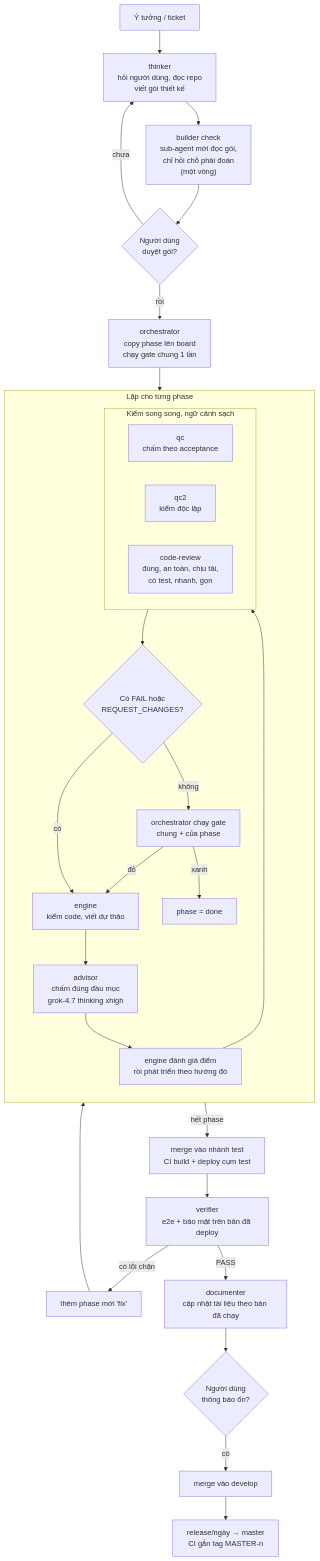
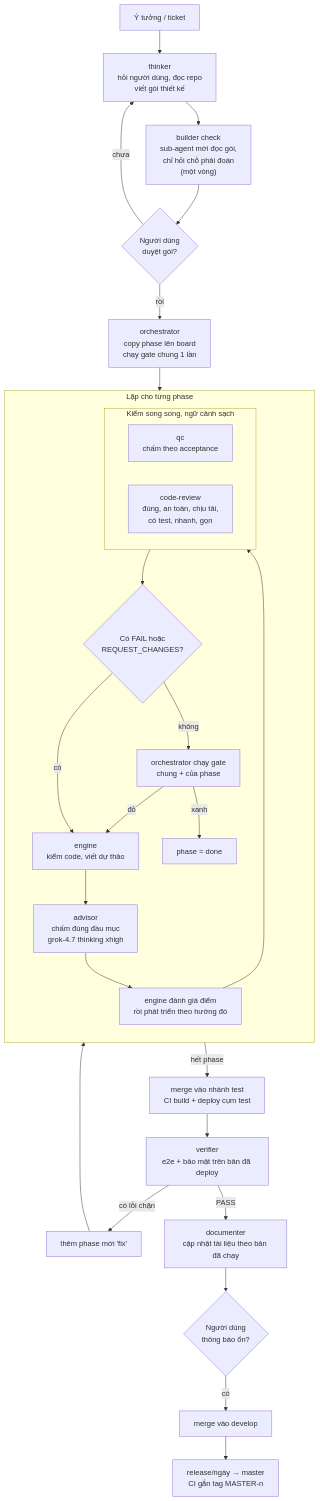
The diagram in README.md (loind/sdlc), drawn with Mermaid before and after one commit. The commit also changed 13 other files, not shown here.

````diff
--- a/README.md
+++ b/README.md
@@ -18,33 +18,32 @@
 ```mermaid
 flowchart TD
   A["Ý tưởng / ticket"] --> B["thinker<br/>hỏi người dùng, đọc repo<br/>viết gói thiết kế"]
   B --> BC["builder check<br/>sub-agent mới đọc gói,<br/>chỉ hỏi chỗ phải đoán<br/>(một vòng)"]
   BC --> B2{"Người dùng<br/>duyệt gói?"}
   B2 -->|"chưa"| B
   B2 -->|"rồi"| C["orchestrator<br/>copy phase lên board<br/>chạy gate chung 1 lần"]
   C --> P
   subgraph P["Lặp cho từng phase"]
     direction TB
     E["engine<br/>kiểm code, viết dự thảo"] --> AD["advisor<br/>chấm đúng đầu mục<br/>grok-4.7 thinking xhigh"]
     AD --> E2["engine đánh giá điểm<br/>rồi phát triển theo hướng đó"]
     E2 --> R
     subgraph R["Kiểm song song, ngữ cảnh sạch"]
       direction LR
       QC["qc<br/>chấm theo acceptance"]
-      QC2["qc2<br/>kiểm độc lập"]
       CR["code-review<br/>đúng, an toàn, chịu tải,<br/>có test, nhanh, gọn"]
     end
     R --> V{"Có FAIL hoặc<br/>REQUEST_CHANGES?"}
     V -->|"có"| E
     V -->|"không"| G["orchestrator chạy gate<br/>chung + của phase"]
     G -->|"đỏ"| E
     G -->|"xanh"| DONE["phase = done"]
   end
   DONE -->|"hết phase"| M["merge vào nhánh test<br/>CI build + deploy cụm test"]
   M --> VF["verifier<br/>e2e + bảo mật trên bản đã deploy"]
   VF -->|"có lỗi chặn"| NP["thêm phase mới 'fix'"] --> P
   VF -->|"PASS"| DOC["documenter<br/>cập nhật tài liệu theo bản đã chạy"]
   DOC --> N{"Người dùng<br/>thông báo ổn?"}
   N -->|"có"| DEV["merge vào develop"]
   DEV --> REL["release/ngày → master<br/>CI gắn tag MASTER-n"]
 ```
````
